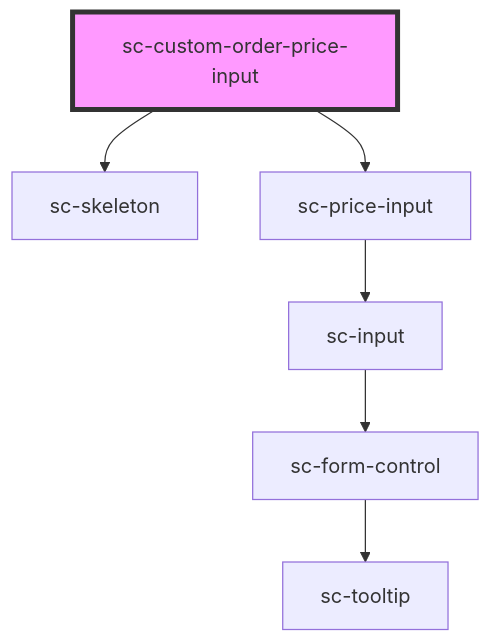
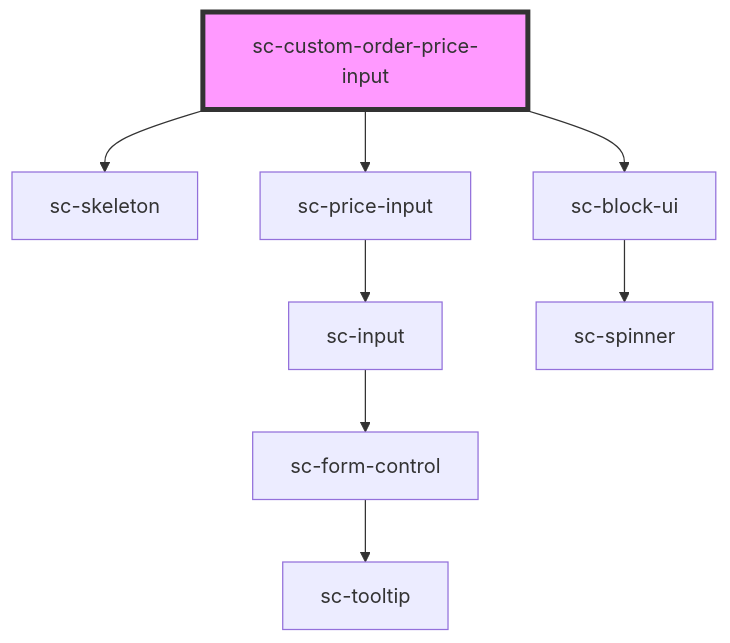
The diagram in packages/components/src/components/controllers/checkout-form/custom-order-price-input/readme.md (surecart/surecart-wp-plugin), drawn with Mermaid before and after one commit. The commit also changed other lines of this file and 4 other files, not shown here.

````diff
--- a/packages/components/src/components/controllers/checkout-form/custom-order-price-input/readme.md
+++ b/packages/components/src/components/controllers/checkout-form/custom-order-price-input/readme.md
@@ -27,9 +40,11 @@
 ```mermaid
 graph TD;
   sc-custom-order-price-input --> sc-skeleton
   sc-custom-order-price-input --> sc-price-input
+  sc-custom-order-price-input --> sc-block-ui
   sc-price-input --> sc-input
   sc-input --> sc-form-control
   sc-form-control --> sc-tooltip
+  sc-block-ui --> sc-spinner
   style sc-custom-order-price-input fill:#f9f,stroke:#333,stroke-width:4px
 ```
````
